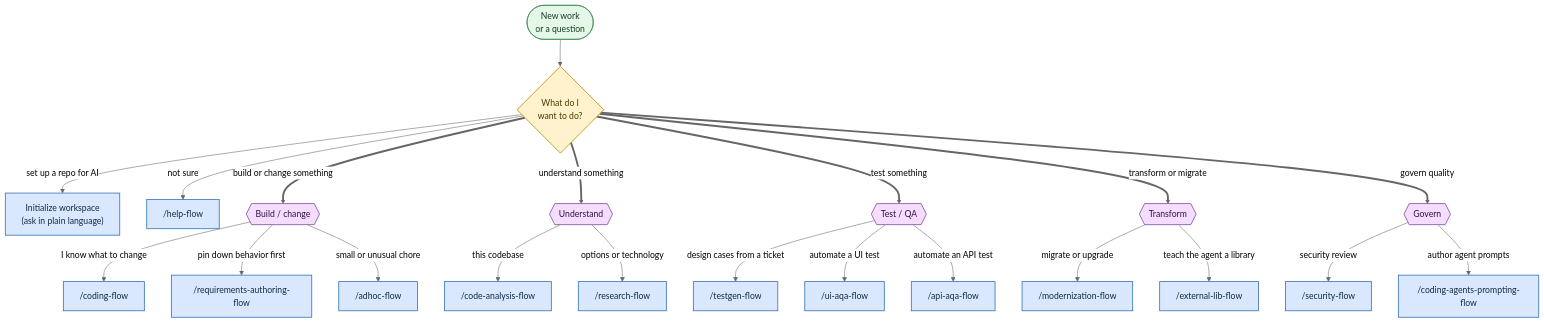
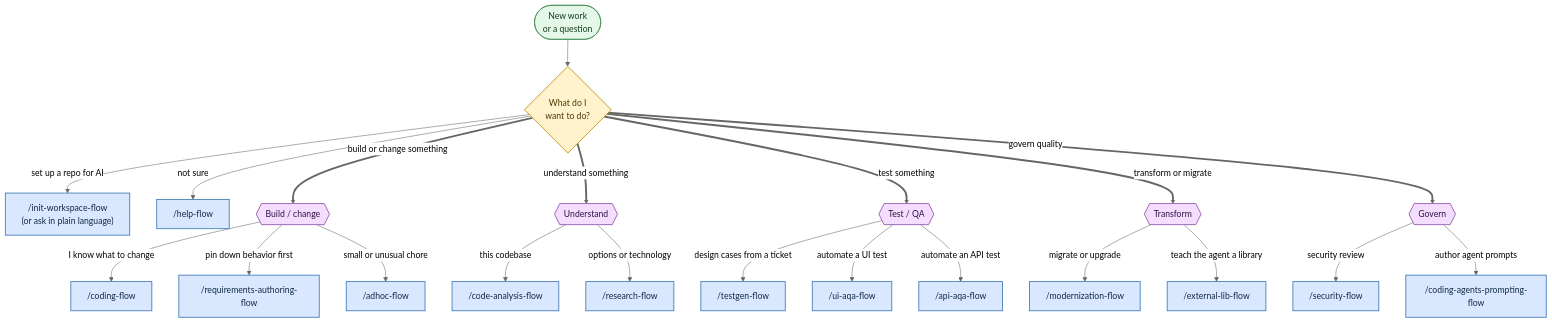
The first of 2 diagrams in user-guide/workflow-map.md (atomicdjt/rosetta), drawn with Mermaid (neutral theme) before and after one commit. The commit also changed other lines of this file and 86 other files, not shown here.

````diff
--- a/user-guide/workflow-map.md
+++ b/user-guide/workflow-map.md
@@ -11,38 +11,38 @@
 ```mermaid
 flowchart TB
     Work(["New work <br>or a question"]) --> Q{"What do I <br>want to do?"}
 
-    Q -->|"set up a repo for AI"| Init["Initialize workspace <br>(ask in plain language)"]
+    Q -->|"set up a repo for AI"| Init["/init-workspace-flow <br>(or ask in plain language)"]
     Q -->|"not sure"| Help["/help-flow"]
 
     Q ==>|"build or change something"| Build{{"Build / change"}}
     Build -->|"I know what to change"| Coding["/coding-flow"]
     Build -->|"pin down behavior first"| Reqs["/requirements-authoring-flow"]
     Build -->|"small or unusual chore"| Adhoc["/adhoc-flow"]
 
     Q ==>|"understand something"| Understand{{"Understand"}}
     Understand -->|"this codebase"| Analysis["/code-analysis-flow"]
     Understand -->|"options or technology"| Research["/research-flow"]
 
     Q ==>|"test something"| Test{{"Test / QA"}}
     Test -->|"design cases from a ticket"| TestGen["/testgen-flow"]
     Test -->|"automate a UI test"| UI["/ui-aqa-flow"]
     Test -->|"automate an API test"| API["/api-aqa-flow"]
 
     Q ==>|"transform or migrate"| Transform{{"Transform"}}
     Transform -->|"migrate or upgrade"| Modern["/modernization-flow"]
     Transform -->|"teach the agent a library"| ExtLib["/external-lib-flow"]
 
     Q ==>|"govern quality"| Govern{{"Govern"}}
     Govern -->|"security review"| Sec["/security-flow"]
     Govern -->|"author agent prompts"| Prompt["/coding-agents-prompting-flow"]
 
     classDef cmd fill:#dae8ff,stroke:#3674b5,color:#102a43,stroke-width:1.5px;
     classDef cat fill:#f4ddff,stroke:#884ea0,color:#351044,stroke-width:1.5px;
     classDef entry fill:#e5f7e8,stroke:#35834a,color:#153b20;
     classDef decide fill:#fff2cc,stroke:#b58b00,color:#493800,stroke-width:1.5px;
     class Init,Help,Coding,Reqs,Adhoc,Analysis,Research,TestGen,UI,API,Modern,ExtLib,Sec,Prompt cmd;
     class Build,Understand,Test,Transform,Govern cat;
     class Work entry;
     class Q decide;
 ```
````
